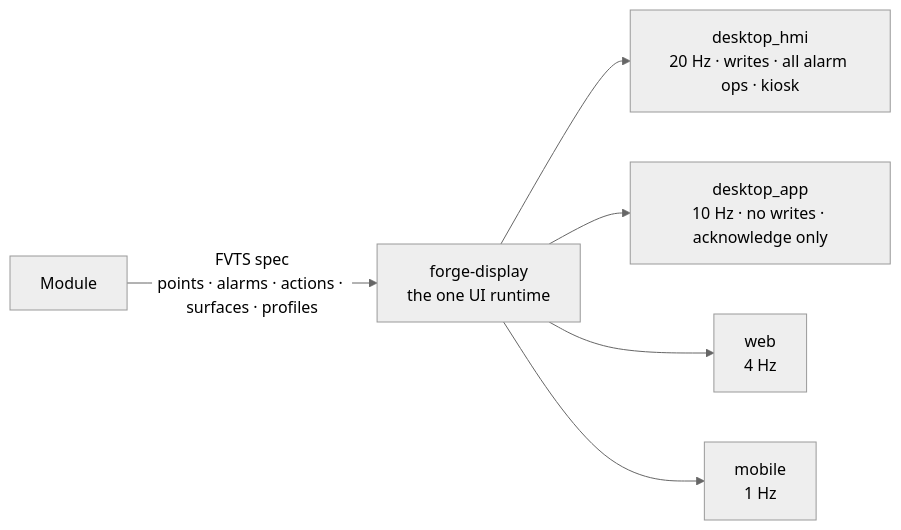
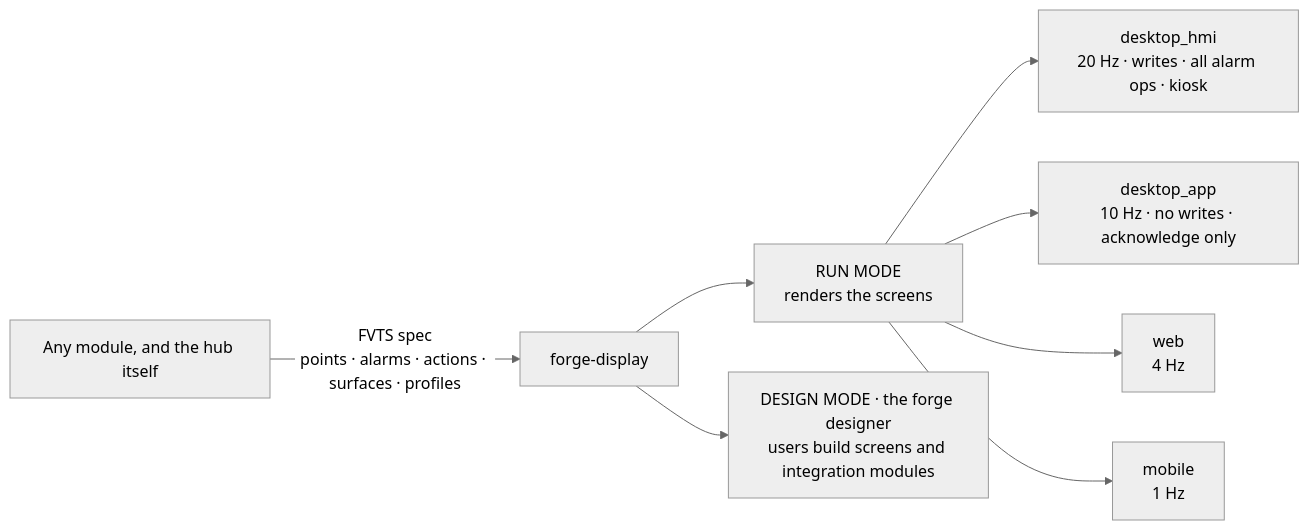
Diagram 15 of 26 in docs/tutorial.md (reh3376/forge), drawn with Mermaid (neutral theme) before and after one commit. The commit also changed other lines of this file, not shown here.

````diff
--- a/docs/tutorial.md
+++ b/docs/tutorial.md
@@ -1164,8 +1339,10 @@
 ```mermaid
 flowchart LR
-  M["Module"] -- "FVTS spec<br/>points · alarms · actions · surfaces · profiles" --> R["forge-display<br/>the one UI runtime"]
-  R --> P1["desktop_hmi<br/>20 Hz · writes · all alarm ops · kiosk"]
-  R --> P2["desktop_app<br/>10 Hz · no writes · acknowledge only"]
-  R --> P3["web<br/>4 Hz"]
-  R --> P4["mobile<br/>1 Hz"]
+  M["Any module, and the hub itself"] -- "FVTS spec<br/>points · alarms · actions · surfaces · profiles" --> R["forge-display"]
+  R --> RUN["RUN MODE<br/>renders the screens"]
+  R --> DES["DESIGN MODE · the forge designer<br/>users build screens and integration modules"]
+  RUN --> P1["desktop_hmi<br/>20 Hz · writes · all alarm ops · kiosk"]
+  RUN --> P2["desktop_app<br/>10 Hz · no writes · acknowledge only"]
+  RUN --> P3["web<br/>4 Hz"]
+  RUN --> P4["mobile<br/>1 Hz"]
 ```
````
